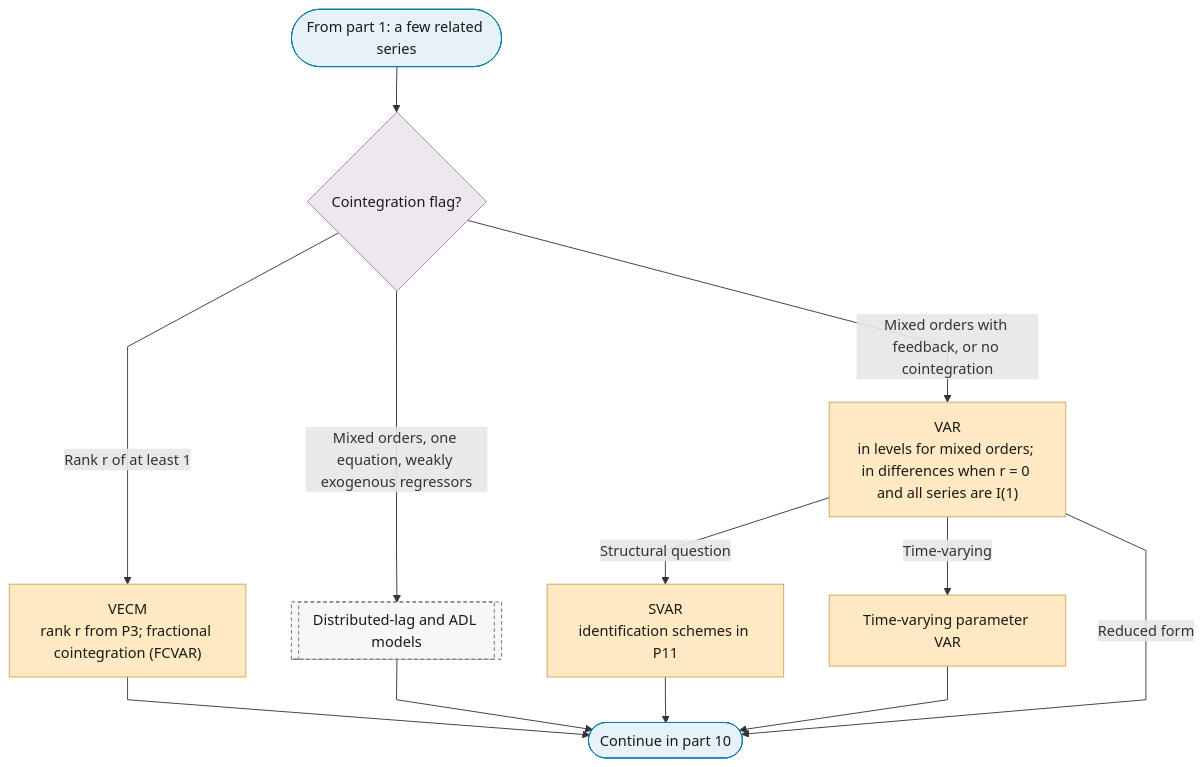
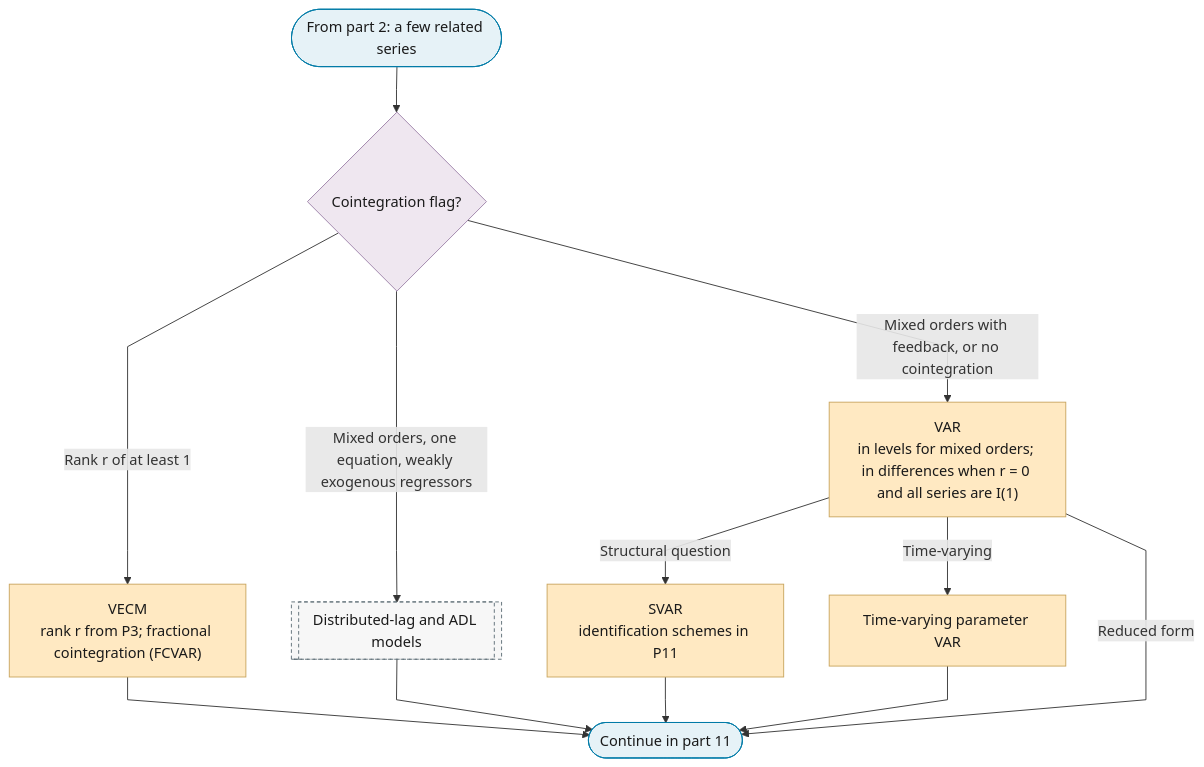
One commit to Shuxin-Y/time-series-analysis-manual changed the third of 12 diagrams in docs/01-workflow/p06-mean-model-class.md. Above: the diagram before and after it, drawn with Mermaid. The commit also changed other lines of this file and 10 other files, not shown here.

````diff
--- a/docs/01-workflow/p06-mean-model-class.md
+++ b/docs/01-workflow/p06-mean-model-class.md
@@ -45,24 +70,24 @@
 ```mermaid
 %%{init: {"flowchart": {"curve": "linear"}}}%%
 graph TD
-    P6_PART_2_IN(["From part 1: a few related series"]) --> P6_COINTEGRATED{"Cointegration flag?"}
+    P6_PART_3_IN(["From part 2: a few related series"]) --> P6_COINTEGRATED{"Cointegration flag?"}
     P6_COINTEGRATED -->|"Rank r of at least 1"| P6_VECM["VECM<br/>rank r from P3; fractional cointegration (FCVAR)"]
     P6_COINTEGRATED -->|"Mixed orders, one equation, weakly exogenous regressors"| P6_DYNAMIC_REGRESSION[["Distributed-lag and ADL models"]]
     P6_COINTEGRATED -->|"Mixed orders with feedback, or no cointegration"| P6_VAR["VAR<br/>in levels for mixed orders; in differences when r = 0 and all series are I(1)"]
     P6_VAR -->|"Structural question"| P6_SVAR["SVAR<br/>identification schemes in P11"]
     P6_VAR -->|"Time-varying"| P6_TVP_VAR["Time-varying parameter VAR"]
-    P6_VAR -->|"Reduced form"| P6_PART_2_OUT
-    P6_VECM & P6_SVAR & P6_TVP_VAR & P6_DYNAMIC_REGRESSION --> P6_PART_2_OUT(["Continue in part 10"])
+    P6_VAR -->|"Reduced form"| P6_PART_3_OUT
+    P6_VECM & P6_SVAR & P6_TVP_VAR & P6_DYNAMIC_REGRESSION --> P6_PART_3_OUT(["Continue in part 11"])
     class P6_VECM,P6_VAR,P6_SVAR,P6_TVP_VAR escalate
-    class P6_PART_2_IN,P6_PART_2_OUT terminator
+    class P6_PART_3_IN,P6_PART_3_OUT terminator
     class P6_COINTEGRATED decision
     class P6_DYNAMIC_REGRESSION ref
     classDef terminator fill:#E6F2F7,stroke:#007BA7,color:#1A1A1A;
     classDef process fill:#FFFFFF,stroke:#5A6B73,color:#1A1A1A;
     classDef decision fill:#EFE7F0,stroke:#9B7FA7,color:#1A1A1A;
     classDef data fill:#FFF4E0,stroke:#C9A55E,color:#1A1A1A;
     classDef good fill:#DCEFD8,stroke:#4A7A3F,color:#1A1A1A;
     classDef escalate fill:#FFE9C2,stroke:#C9A55E,color:#1A1A1A;
     classDef problem fill:#F2D9DE,stroke:#800020,color:#1A1A1A;
     classDef ref fill:#F7F7F7,stroke:#5A6B73,color:#1A1A1A,stroke-dasharray:4 3;
 ```
````
